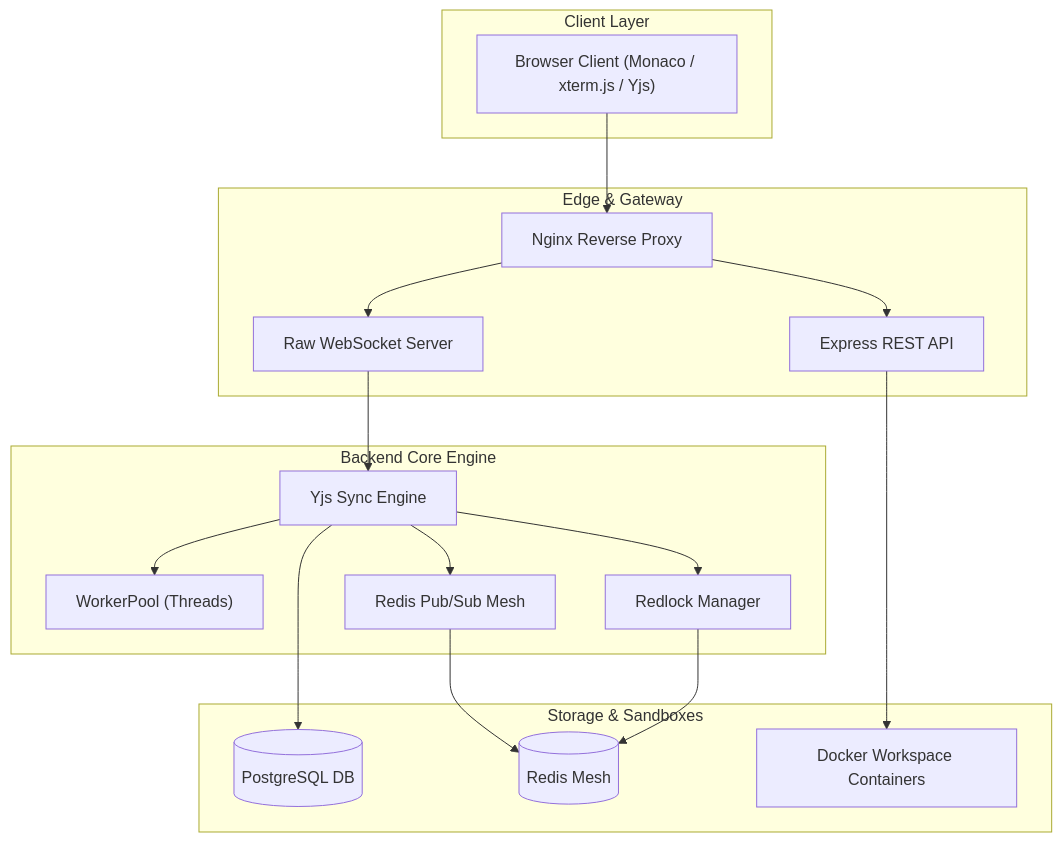
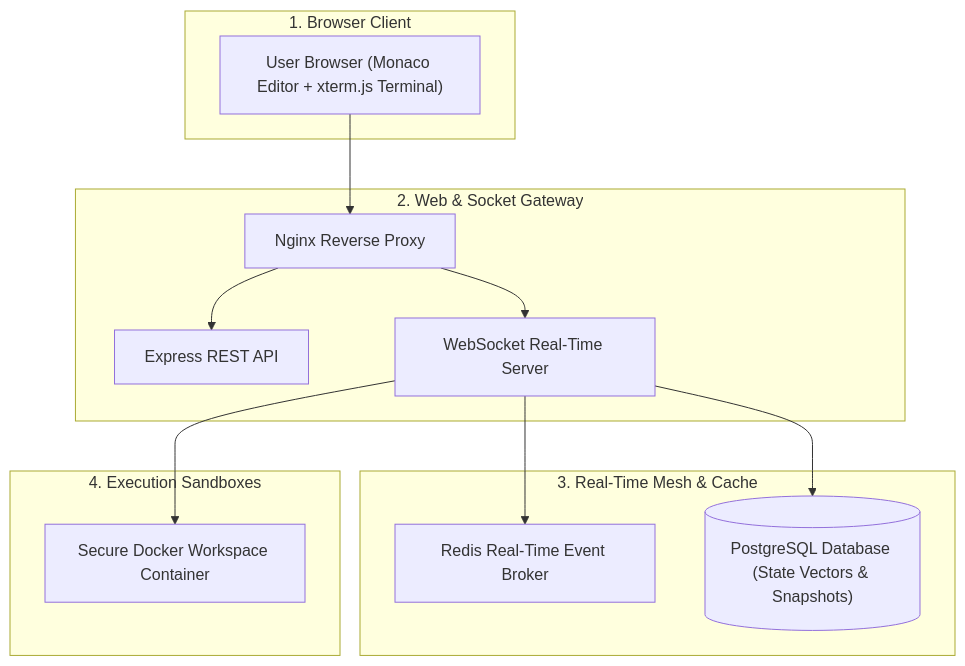
Before and after one commit to AmanKashyapp07/NexusIDE: the diagram in README.md, drawn with Mermaid. The commit also changed other lines of this file and 3 other files, not shown here.

````diff
--- a/README.md
+++ b/README.md
@@ -189,39 +79,29 @@
 ```mermaid
 flowchart TD
-    subgraph Client ["Client Layer"]
-        Browser["Browser Client (Monaco / xterm.js / Yjs)"]
+    subgraph BrowserLayer ["1. Browser Client"]
+        Browser["User Browser (Monaco Editor + xterm.js Terminal)"]
     end
 
-    subgraph Gateway ["Edge & Gateway"]
+    subgraph GatewayLayer ["2. Web & Socket Gateway"]
         Nginx["Nginx Reverse Proxy"]
         Express["Express REST API"]
-        WSServer["Raw WebSocket Server"]
+        WSServer["WebSocket Real-Time Server"]
     end
 
-    subgraph Core ["Backend Core Engine"]
-        YjsEngine["Yjs Sync Engine"]
-        WorkerPool["WorkerPool (Threads)"]
-        RedisAdapter["Redis Pub/Sub Mesh"]
-        Redlock["Redlock Manager"]
+    subgraph SyncLayer ["3. Real-Time Mesh & Cache"]
+        RedisMesh["Redis Real-Time Event Broker"]
+        PostgresDB[("PostgreSQL Database (State Vectors & Snapshots)")]
     end
 
-    subgraph Infra ["Storage & Sandboxes"]
-        Postgres[("PostgreSQL DB")]
-        Redis[("Redis Mesh")]
-        Docker["Docker Workspace Containers"]
+    subgraph SandboxLayer ["4. Execution Sandboxes"]
+        Docker["Secure Docker Workspace Container"]
     end
 
     Browser --> Nginx
     Nginx --> Express
     Nginx --> WSServer
 
-    WSServer --> YjsEngine
-    YjsEngine --> WorkerPool
-    YjsEngine --> RedisAdapter
-    YjsEngine --> Redlock
-
-    RedisAdapter --> Redis
-    Redlock --> Redis
-    YjsEngine --> Postgres
-    Express --> Docker
+    WSServer --> RedisMesh
+    WSServer --> PostgresDB
+    WSServer --> Docker
 ```
````
